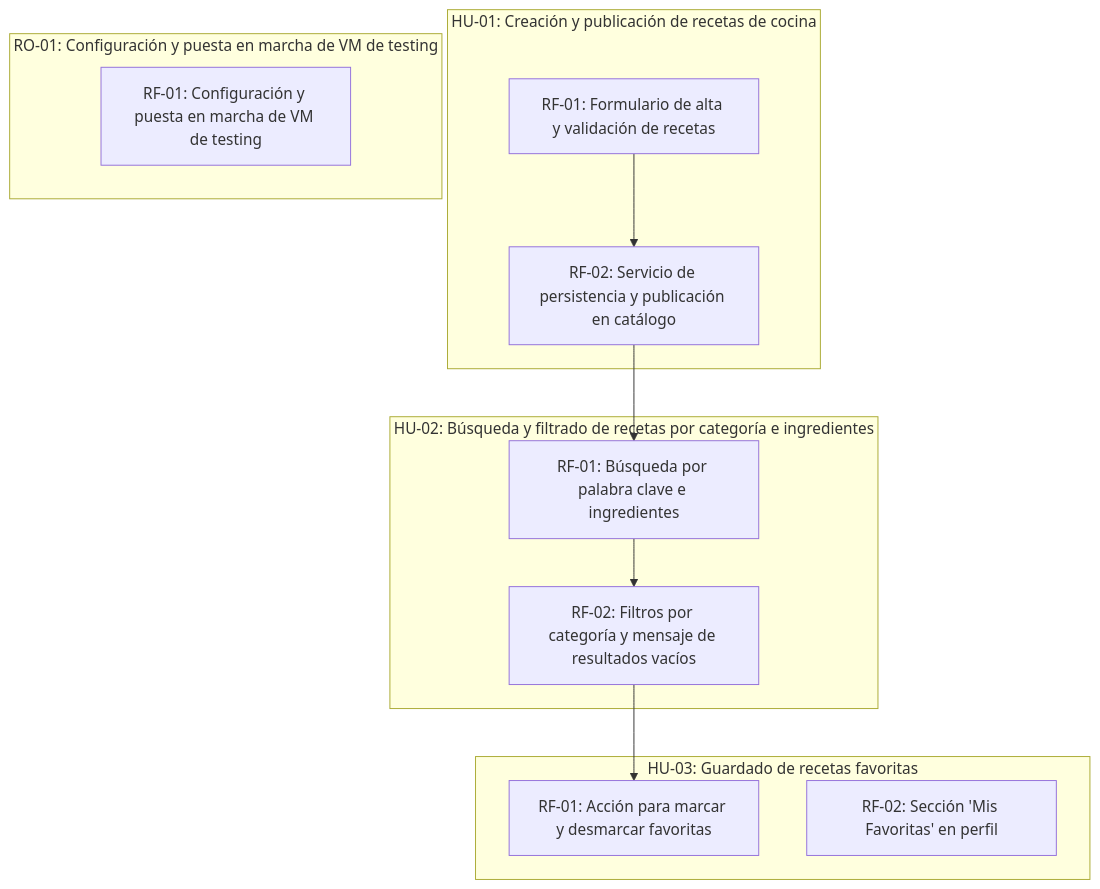
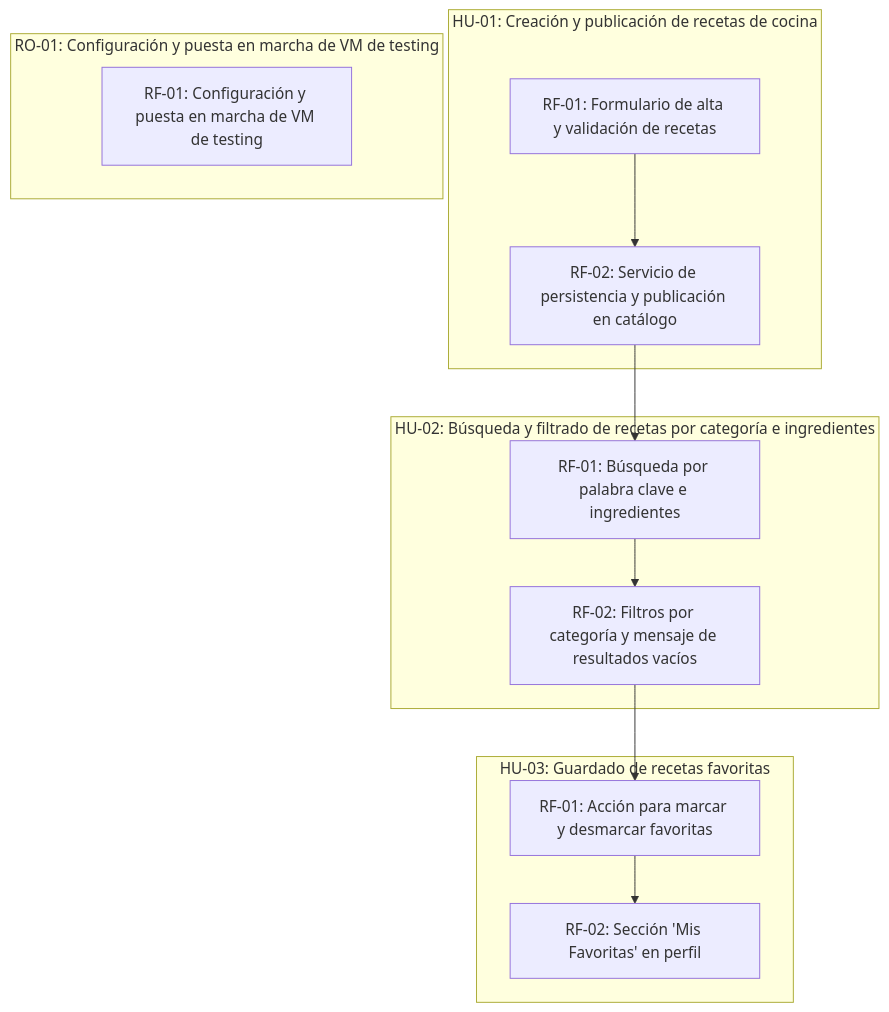
The diagram in scrumDocs/grafo.md (SVGiannoni/RecetasPanaRossi), drawn with Mermaid before and after one commit. The commit also changed other lines of this file, not shown here.

````diff
--- a/scrumDocs/grafo.md
+++ b/scrumDocs/grafo.md
@@ -5,22 +5,23 @@
 ```mermaid
 graph TD
   subgraph US_1788784804716["HU-01: Creación y publicación de recetas de cocina"]
     REQ_1788785182545["RF-01: Formulario de alta y validación de recetas"]
     REQ_1788785196739["RF-02: Servicio de persistencia y publicación en catálogo"]
   end
   subgraph US_1788784817567["HU-02: Búsqueda y filtrado de recetas por categoría e ingredientes"]
     REQ_1788785446610["RF-01: Búsqueda por palabra clave e ingredientes"]
     REQ_1788785477255["RF-02: Filtros por categoría y mensaje de resultados vacíos"]
   end
   subgraph US_1788784829317["HU-03: Guardado de recetas favoritas"]
     REQ_1788785498187["RF-01: Acción para marcar y desmarcar favoritas"]
     REQ_1788785510602["RF-02: Sección 'Mis Favoritas' en perfil"]
   end
   subgraph US_1788785524805["RO-01: Configuración y puesta en marcha de VM de testing"]
     REQ_1788785524811["RF-01: Configuración y puesta en marcha de VM de testing"]
   end
   REQ_1788785182545 --> REQ_1788785196739
   REQ_1788785196739 --> REQ_1788785446610
   REQ_1788785446610 --> REQ_1788785477255
   REQ_1788785477255 --> REQ_1788785498187
+  REQ_1788785498187 --> REQ_1788785510602
 ```
````
